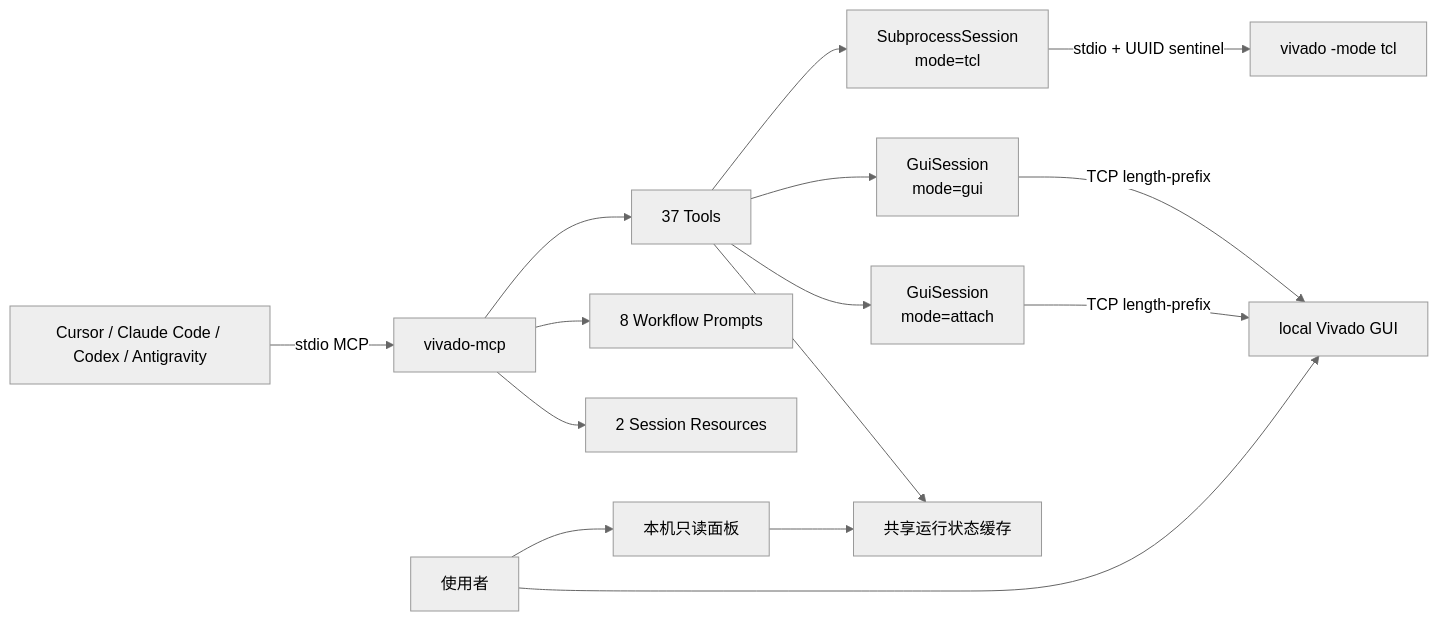
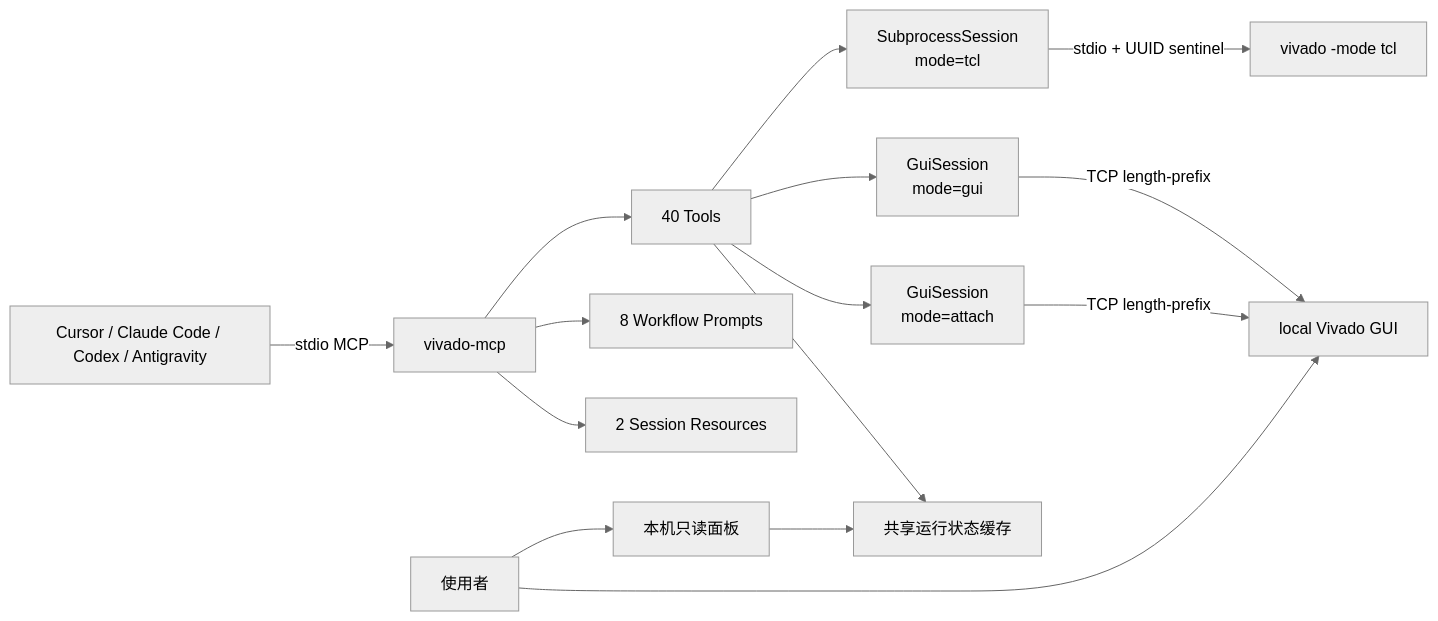
One commit to otter-fpga-lab/otter-vivado changed the diagram in README.md. Above: the diagram before and after it, drawn with Mermaid (neutral theme). The commit also changed other lines of this file and 17 other files, not shown here.

````diff
--- a/README.md
+++ b/README.md
@@ -535,17 +547,17 @@
 ```mermaid
 flowchart LR
     Agent["Cursor / Claude Code / Codex / Antigravity"] -->|"stdio MCP"| MCP["vivado-mcp"]
-    MCP --> Tools["37 Tools"]
+    MCP --> Tools["40 Tools"]
     MCP --> Prompts["8 Workflow Prompts"]
     MCP --> Resources["2 Session Resources"]
     Tools --> Tcl["SubprocessSession\nmode=tcl"]
     Tools --> Gui["GuiSession\nmode=gui"]
     Tools --> Attach["GuiSession\nmode=attach"]
     Tcl -->|"stdio + UUID sentinel"| VivadoTcl["vivado -mode tcl"]
     Gui -->|"TCP length-prefix"| VivadoGui["local Vivado GUI"]
     Attach -->|"TCP length-prefix"| VivadoGui
     Tools --> Monitor["共享运行状态缓存"]
     Human["使用者"] --> VivadoGui
     Human --> View["本机只读面板"]
     View --> Monitor
 ```
````
